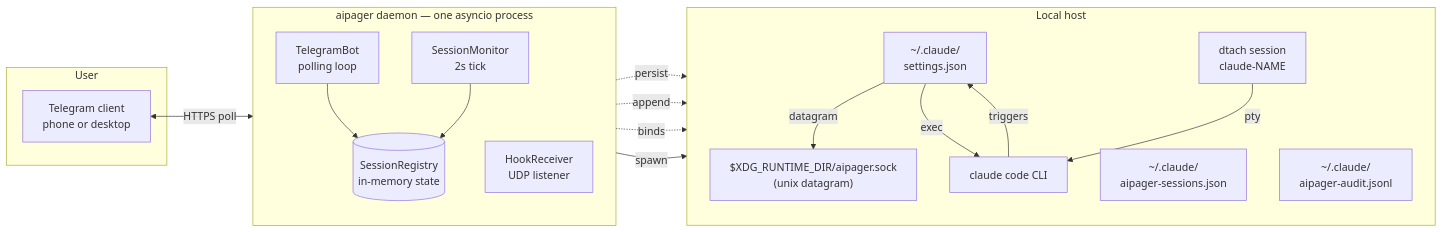
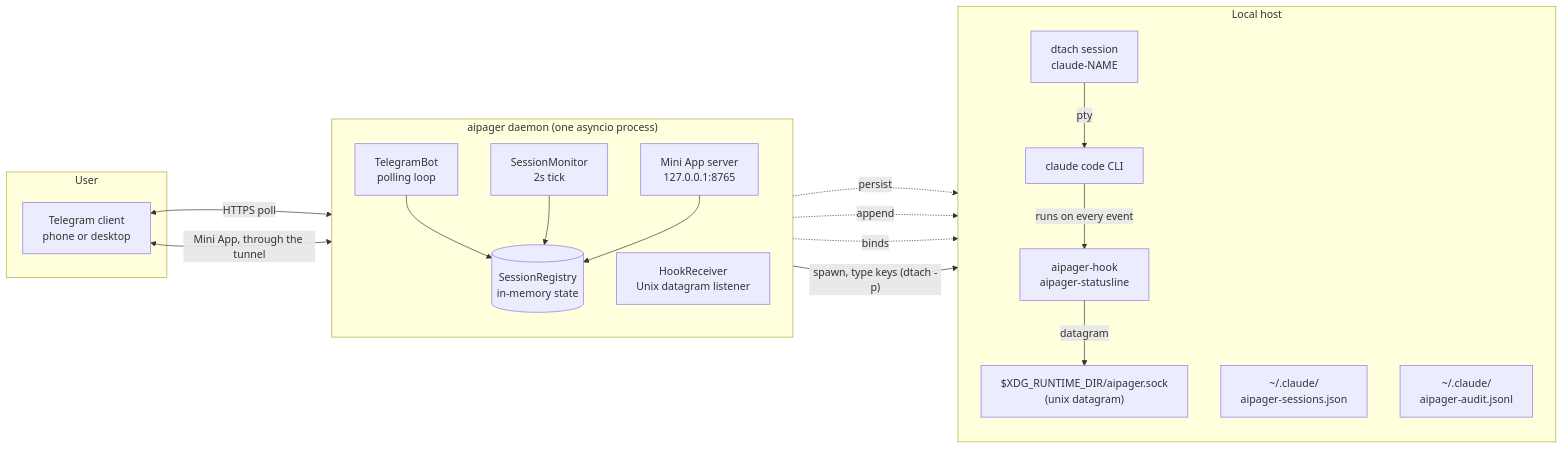
The diagram in docs/architecture.md (dev-aly3n/aipager), drawn with Mermaid before and after one commit. The commit also changed other lines of this file and 14 other files, not shown here.

````diff
--- a/docs/architecture.md
+++ b/docs/architecture.md
@@ -11,37 +10,39 @@
 ```mermaid
 flowchart LR
   subgraph User
     TG["Telegram client<br>phone or desktop"]
   end
 
-  subgraph Daemon["aipager daemon — one asyncio process"]
+  subgraph Daemon["aipager daemon (one asyncio process)"]
     direction TB
     Bot["TelegramBot<br>polling loop"]
-    HookRx["HookReceiver<br>UDP listener"]
+    HookRx["HookReceiver<br>Unix datagram listener"]
     Mon["SessionMonitor<br>2s tick"]
+    App["Mini App server<br>127.0.0.1:8765"]
     Reg[("SessionRegistry<br>in-memory state")]
   end
 
   subgraph Host["Local host"]
     direction TB
     Sock["$XDG_RUNTIME_DIR/aipager.sock<br>(unix datagram)"]
     Dtach["dtach session<br>claude-NAME"]
     Claude["claude code CLI"]
-    Hooks["~/.claude/<br>settings.json"]
+    Hooks["aipager-hook<br>aipager-statusline"]
     State["~/.claude/<br>aipager-sessions.json"]
     Audit["~/.claude/<br>aipager-audit.jsonl"]
   end
 
   TG <-->|HTTPS poll| Bot
+  TG <-->|Mini App, through the tunnel| App
   Bot --> Reg
   Mon --> Reg
+  App --> Reg
   Reg -. persist .-> State
   Reg -. append .-> Audit
 
   HookRx -. binds .-> Sock
   Hooks -- datagram --> Sock
-  Hooks -- exec --> Claude
-  Bot -- spawn --> Dtach
+  Bot -- "spawn, type keys (dtach -p)" --> Dtach
   Dtach -- pty --> Claude
-  Claude -- triggers --> Hooks
+  Claude -- runs on every event --> Hooks
 ```
````
